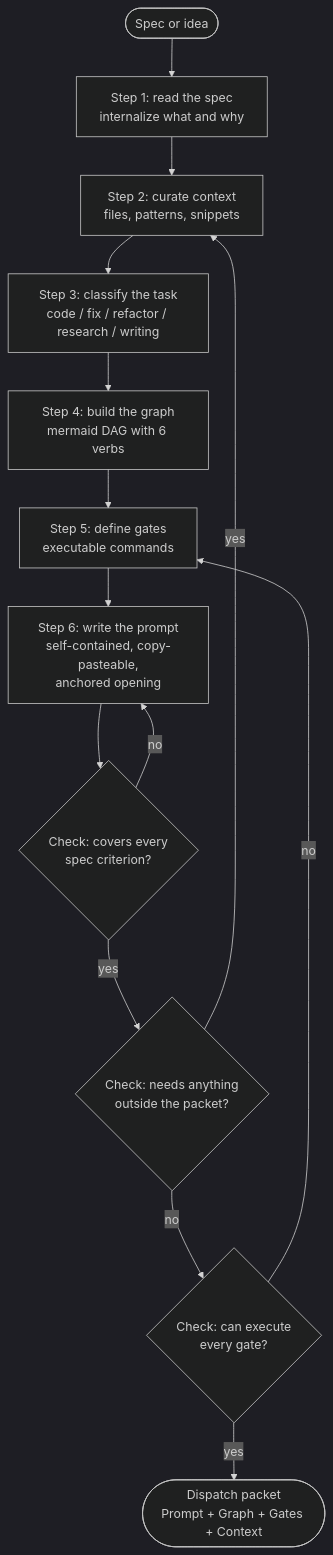
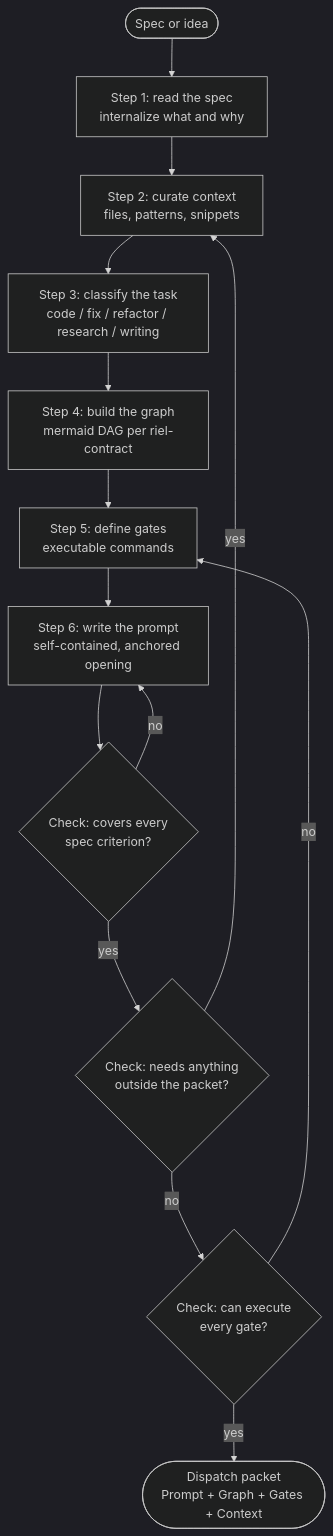
One commit to alvarolizama/riel changed the diagram in skills/riel-briefs/SKILL.md. Above: the diagram before and after it, drawn with Mermaid (dark theme). The commit also changed other lines of this file and 9 other files, not shown here.

````diff
--- a/skills/riel-briefs/SKILL.md
+++ b/skills/riel-briefs/SKILL.md
@@ -59,16 +50,16 @@
 ```mermaid
 flowchart TD
   START([Spec or idea]) --> P1["Step 1: read the spec\ninternalize what and why"]
   P1 --> P2["Step 2: curate context\nfiles, patterns, snippets"]
   P2 --> P3["Step 3: classify the task\ncode / fix / refactor / research / writing"]
-  P3 --> G1["Step 4: build the graph\nmermaid DAG with 6 verbs"]
+  P3 --> G1["Step 4: build the graph\nmermaid DAG per riel-contract"]
   G1 --> G2["Step 5: define gates\nexecutable commands"]
-  G2 --> G3["Step 6: write the prompt\nself-contained, copy-pasteable,\nanchored opening"]
+  G2 --> G3["Step 6: write the prompt\nself-contained, anchored opening"]
   G3 --> V1{"Check: covers every\nspec criterion?"}
   V1 -->|no| G3
   V1 -->|yes| V2{"Check: needs anything\noutside the packet?"}
   V2 -->|yes| P2
   V2 -->|no| V3{"Check: can execute\nevery gate?"}
   V3 -->|no| G2
   V3 -->|yes| PACKET([Dispatch packet\nPrompt + Graph + Gates + Context])
 ```
````
